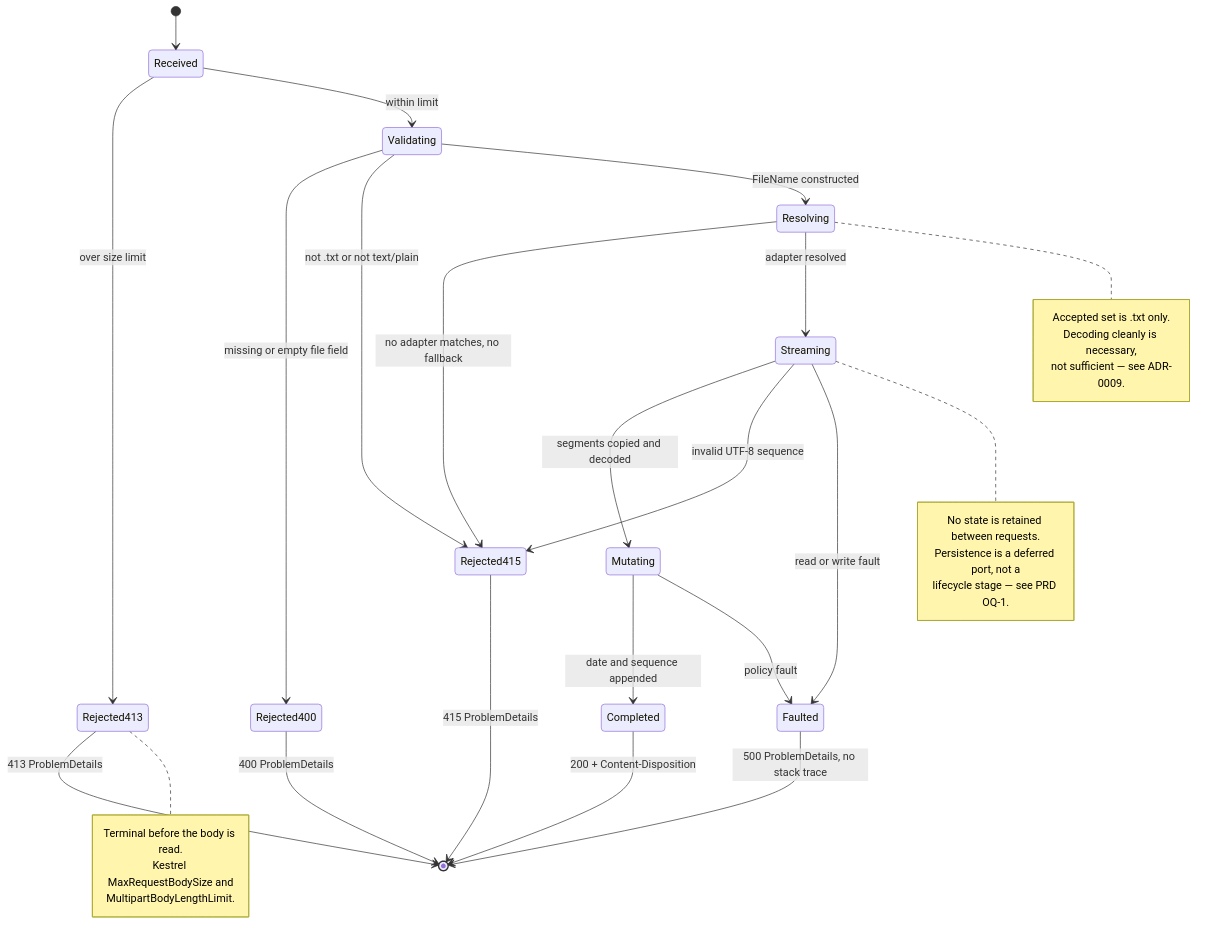
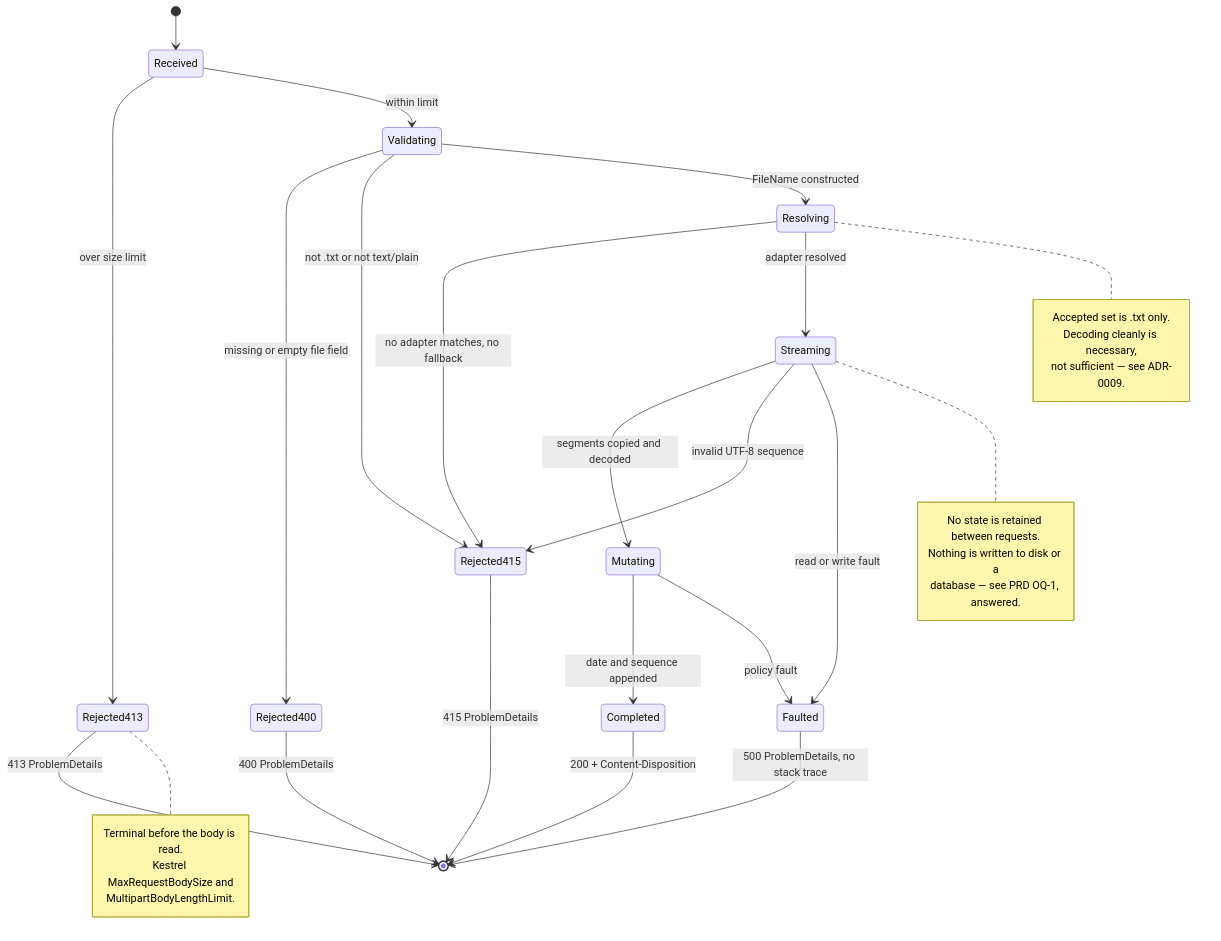
Before and after one commit to fabiantax/zero-allocation-fileupload: the third of 3 diagrams in docs/architecture.md, drawn with Mermaid. The commit also changed other lines of this file and 11 other files, not shown here.

````diff
--- a/docs/architecture.md
+++ b/docs/architecture.md
@@ -168,44 +178,44 @@
 ```mermaid
 stateDiagram-v2
     [*] --> Received
 
     Received --> Rejected413: over size limit
     Received --> Validating: within limit
 
     Validating --> Rejected400: missing or empty file field
     Validating --> Rejected415: not .txt or not text/plain
     Validating --> Resolving: FileName constructed
 
     Resolving --> Rejected415: no adapter matches, no fallback
     Resolving --> Streaming: adapter resolved
 
     Streaming --> Mutating: segments copied and decoded
     Streaming --> Rejected415: invalid UTF-8 sequence
     Streaming --> Faulted: read or write fault
     Mutating --> Completed: date and sequence appended
     Mutating --> Faulted: policy fault
 
     Completed --> [*]: 200 + Content-Disposition
     Rejected400 --> [*]: 400 ProblemDetails
     Rejected413 --> [*]: 413 ProblemDetails
     Rejected415 --> [*]: 415 ProblemDetails
     Faulted --> [*]: 500 ProblemDetails, no stack trace
 
     note right of Rejected413
         Terminal before the body is read.
         Kestrel MaxRequestBodySize and
         MultipartBodyLengthLimit.
     end note
 
     note right of Streaming
         No state is retained between requests.
-        Persistence is a deferred port, not a
-        lifecycle stage — see PRD OQ-1.
+        Nothing is written to disk or a
+        database — see PRD OQ-1, answered.
     end note
 
     note right of Resolving
         Accepted set is .txt only.
         Decoding cleanly is necessary,
         not sufficient — see ADR-0009.
     end note
 ```
````
